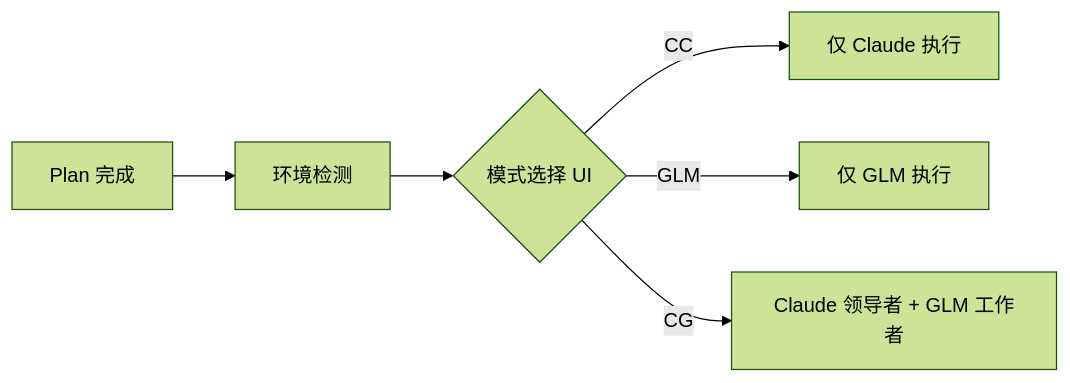
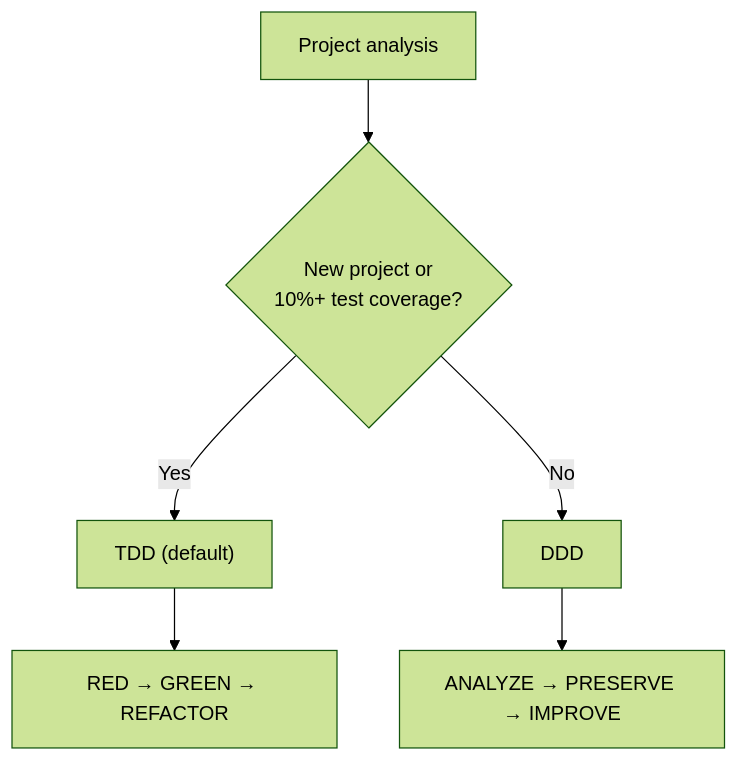
One commit to modu-ai/moai-adk changed the fifth of 5 diagrams in README.zh.md. Above: the diagram before and after it, drawn with Mermaid (forest theme). The commit also changed other lines of this file and 395 other files, not shown here.

````diff
--- a/README.zh.md
+++ b/README.zh.md
@@ -486,8 +415,8 @@
 ```mermaid
-graph LR
-    A["Plan 完成"] --> B["环境检测"]
-    B --> C{"模式选择 UI"}
-    C -->|"CC"| D["仅 Claude 执行"]
-    C -->|"GLM"| E["仅 GLM 执行"]
-    C -->|"CG"| F["Claude 领导者 + GLM 工作者"]
+flowchart TD
+    A["Project analysis"] --> B{"New project or<br/>10%+ test coverage?"}
+    B -->|"Yes"| C["TDD (default)"]
+    B -->|"No"| D["DDD"]
+    C --> F["RED → GREEN → REFACTOR"]
+    D --> G["ANALYZE → PRESERVE → IMPROVE"]
 ```
````
